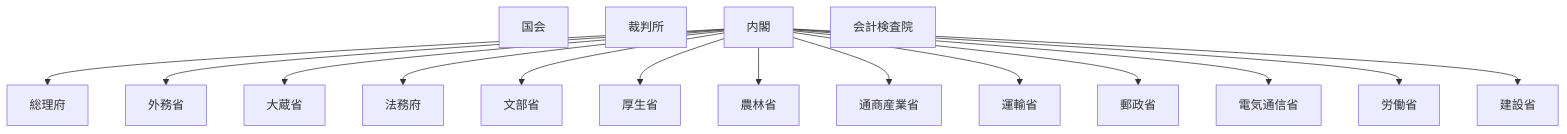
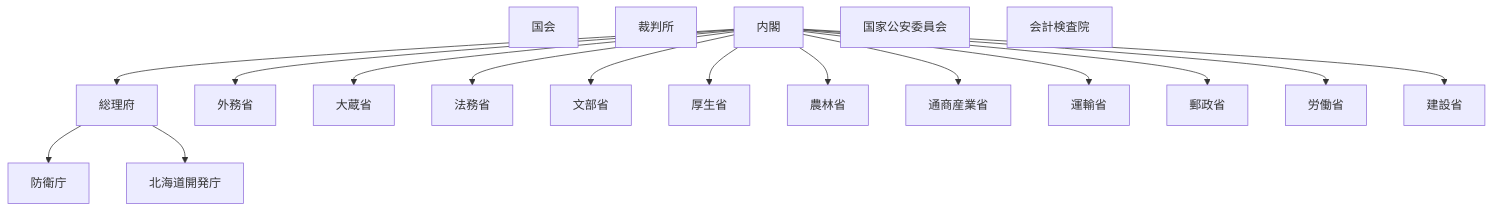
The diagram in README.md (tatemaru/jp-admin-org-chart), drawn with Mermaid before and after one commit. The commit also changed other lines of this file, not shown here.

First line of the commit message:
feat(防衛庁): 防衛庁を設置

````diff
--- a/README.md
+++ b/README.md
@@ -9,20 +9,22 @@
 ```mermaid
 flowchart TB
   Diet["国会"]
   Court["裁判所"]
   Cab["内閣"]
   Cab --> Sorifu["総理府"]
+  Sorifu --> Boei["防衛庁"]
+  Sorifu --> Hokkaido["北海道開発庁"]
   Cab --> Gaimu["外務省"]
   Cab --> Okura["大蔵省"]
-  Cab --> Homu["法務府"]
+  Cab --> Homu["法務省"]
   Cab --> Mombu["文部省"]
   Cab --> Kosei["厚生省"]
   Cab --> Norin["農林省"]
   Cab --> Tsusan["通商産業省"]
   Cab --> Unyu["運輸省"]
   Cab --> Yusei["郵政省"]
-  Cab --> Denshin["電気通信省"]
   Cab --> Rodo["労働省"]
   Cab --> Kensetsu["建設省"]
+  NPA["国家公安委員会"]
   Audit["会計検査院"]
 ```
````
